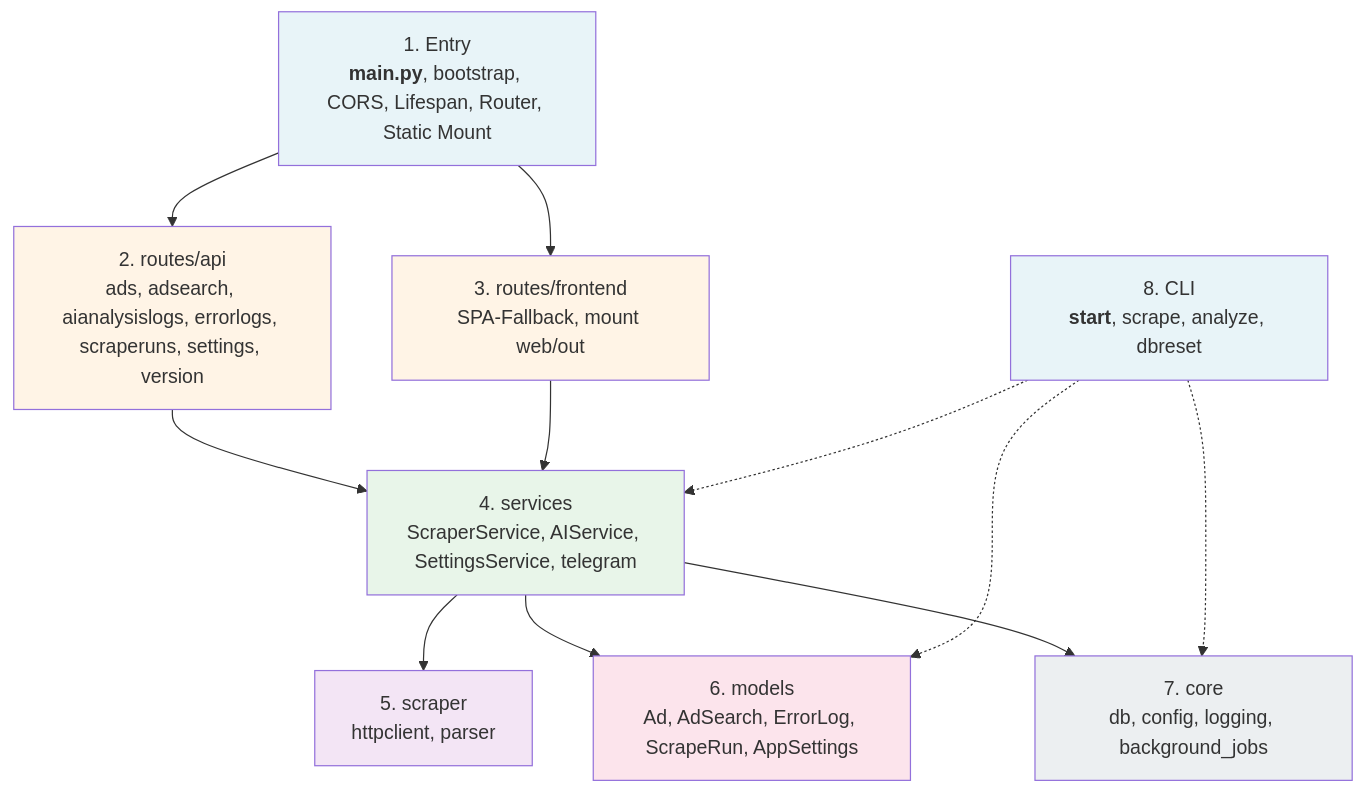
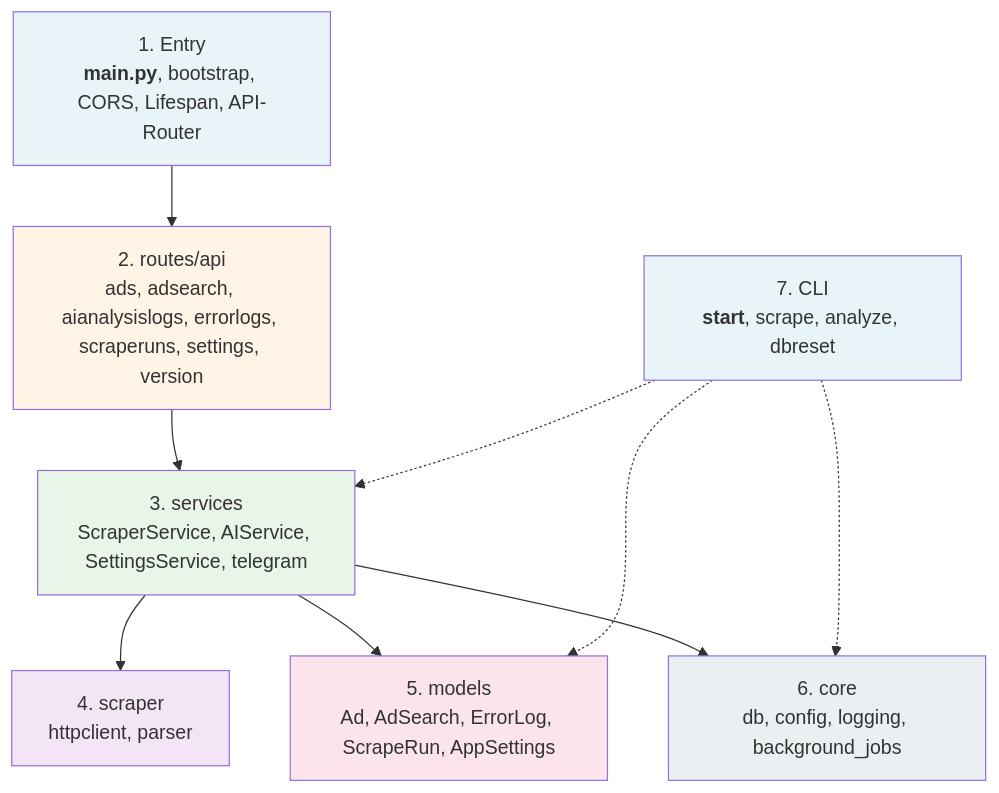
Before and after one commit to Pikktee/schnappster: the diagram in docs/architecture/architecture-backend-layers.mmd, drawn with Mermaid. The commit also changed 23 other files, not shown here.

First line of the commit message:
chore: align web/API split, remove bundled frontend; quiet httpx logs

```diff
--- a/docs/architecture/architecture-backend-layers.mmd
+++ b/docs/architecture/architecture-backend-layers.mmd
@@ -1,34 +1,30 @@
 %% Schnappster Backend-Schichten
 %% Pfeilrichtung: höhere Schicht → nutzt → tiefere Schicht
 %% Quelle: docs/architecture/ARCHITECTURE.md
 %% PNG erzeugen: npx -y @mermaid-js/mermaid-cli/mmdc -i architecture-backend-layers.mmd -o architecture-backend-layers.png
 
 flowchart TB
-    A["1. Entry<br/><b>main.py</b>, bootstrap, CORS, Lifespan, Router, Static Mount"]
+    A["1. Entry<br/><b>main.py</b>, bootstrap, CORS, Lifespan, API-Router"]
     B["2. routes/api<br/>ads, adsearch, aianalysislogs, errorlogs, scraperuns, settings, version"]
-    C["3. routes/frontend<br/>SPA-Fallback, mount web/out"]
-    D["4. services<br/>ScraperService, AIService, SettingsService, telegram"]
-    E["5. scraper<br/>httpclient, parser"]
-    F["6. models<br/>Ad, AdSearch, ErrorLog, ScrapeRun, AppSettings"]
-    G["7. core<br/>db, config, logging, background_jobs"]
-    CLI["8. CLI<br/><b>start</b>, scrape, analyze, dbreset"]
+    D["3. services<br/>ScraperService, AIService, SettingsService, telegram"]
+    E["4. scraper<br/>httpclient, parser"]
+    F["5. models<br/>Ad, AdSearch, ErrorLog, ScrapeRun, AppSettings"]
+    G["6. core<br/>db, config, logging, background_jobs"]
+    CLI["7. CLI<br/><b>start</b>, scrape, analyze, dbreset"]
 
     A --> B
-    A --> C
     B --> D
-    C --> D
     D --> E
     D --> F
     D --> G
     CLI -.-> D
     CLI -.-> G
     CLI -.-> F
 
     style A fill:#e8f4f8
     style B fill:#fff4e6
-    style C fill:#fff4e6
     style D fill:#e8f5e9
     style E fill:#f3e5f5
     style F fill:#fce4ec
     style G fill:#eceff1
     style CLI fill:#e8f4f8
```
